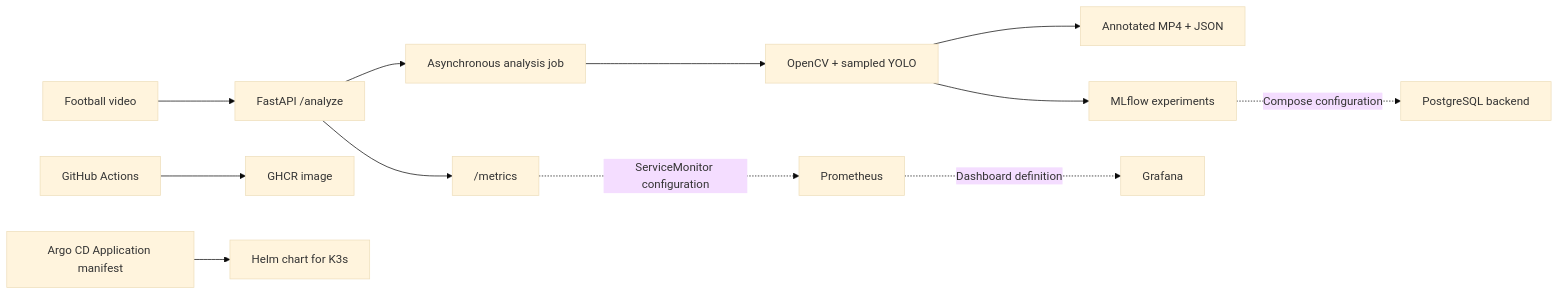
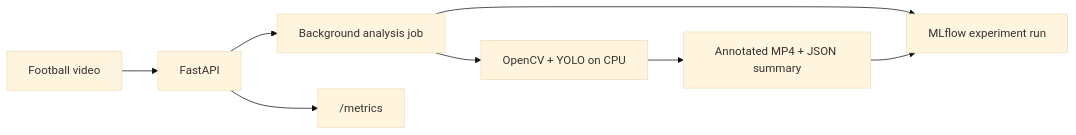
One commit to farah-ben-harb/footballmatch-ai-platform-mlops changed the diagram in README.md. Above: the diagram before and after it, drawn with Mermaid (base theme). The commit also changed other lines of this file, not shown here.

````diff
--- a/README.md
+++ b/README.md
@@ -24,14 +32,10 @@
 ```mermaid
 flowchart LR
-  V[Football video] --> A[FastAPI /analyze]
-  A --> J[Asynchronous analysis job]
-  J --> CV[OpenCV + sampled YOLO]
-  CV --> O[Annotated MP4 + JSON]
-  CV --> M[MLflow experiments]
-  M -. Compose configuration .-> P[PostgreSQL backend]
-  A --> X["/metrics"]
-  X -. ServiceMonitor configuration .-> PR[Prometheus]
-  PR -. Dashboard definition .-> G[Grafana]
-  GH[GitHub Actions] --> I[GHCR image]
-  GI[Argo CD Application manifest] --> K[Helm chart for K3s]
+    V[Football video] --> A[FastAPI]
+    A --> J[Background analysis job]
+    J --> CV[OpenCV + YOLO on CPU]
+    CV --> O[Annotated MP4 + JSON summary]
+    J --> M[MLflow experiment run]
+    O --> M
+    A --> P["/metrics"]
 ```
````
